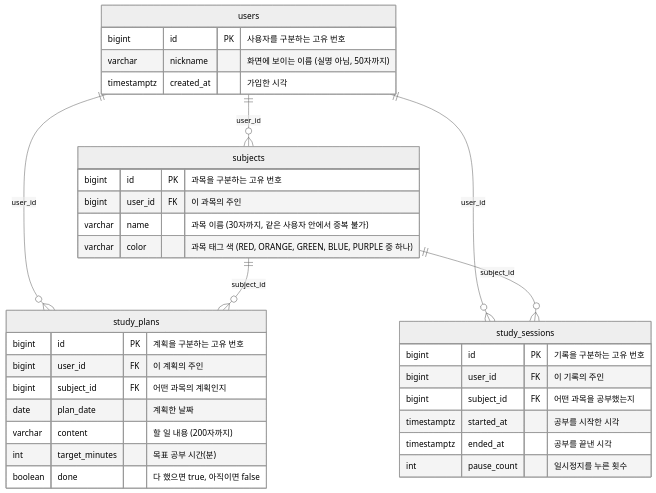
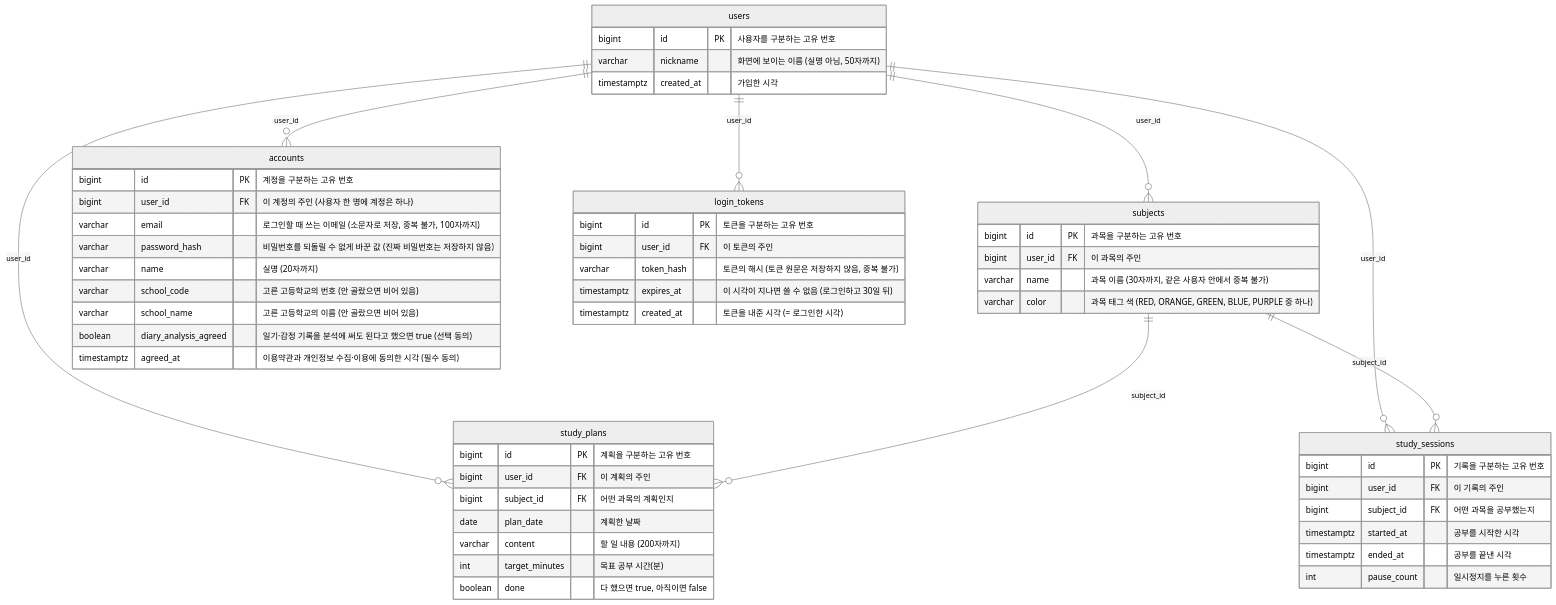
The diagram in docs/DB.md (ApplyYoon/Project-BE), drawn with Mermaid (neutral theme) before and after one commit. The commit also changed other lines of this file and 5 other files, not shown here.

````diff
--- a/docs/DB.md
+++ b/docs/DB.md
@@ -13,37 +13,57 @@
 ```mermaid
 erDiagram
     users ||--o{ subjects : "user_id"
     users ||--o{ study_plans : "user_id"
     users ||--o{ study_sessions : "user_id"
+    users ||--o{ accounts : "user_id"
+    users ||--o{ login_tokens : "user_id"
     subjects ||--o{ study_plans : "subject_id"
     subjects ||--o{ study_sessions : "subject_id"
 
     users {
         bigint id PK "사용자를 구분하는 고유 번호"
         varchar nickname "화면에 보이는 이름 (실명 아님, 50자까지)"
         timestamptz created_at "가입한 시각"
     }
     subjects {
         bigint id PK "과목을 구분하는 고유 번호"
         bigint user_id FK "이 과목의 주인"
         varchar name "과목 이름 (30자까지, 같은 사용자 안에서 중복 불가)"
         varchar color "과목 태그 색 (RED, ORANGE, GREEN, BLUE, PURPLE 중 하나)"
     }
     study_plans {
         bigint id PK "계획을 구분하는 고유 번호"
         bigint user_id FK "이 계획의 주인"
         bigint subject_id FK "어떤 과목의 계획인지"
         date plan_date "계획한 날짜"
         varchar content "할 일 내용 (200자까지)"
         int target_minutes "목표 공부 시간(분)"
         boolean done "다 했으면 true, 아직이면 false"
     }
     study_sessions {
         bigint id PK "기록을 구분하는 고유 번호"
         bigint user_id FK "이 기록의 주인"
         bigint subject_id FK "어떤 과목을 공부했는지"
         timestamptz started_at "공부를 시작한 시각"
         timestamptz ended_at "공부를 끝낸 시각"
         int pause_count "일시정지를 누른 횟수"
     }
+    accounts {
+        bigint id PK "계정을 구분하는 고유 번호"
+        bigint user_id FK "이 계정의 주인 (사용자 한 명에 계정은 하나)"
+        varchar email "로그인할 때 쓰는 이메일 (소문자로 저장, 중복 불가, 100자까지)"
+        varchar password_hash "비밀번호를 되돌릴 수 없게 바꾼 값 (진짜 비밀번호는 저장하지 않음)"
+        varchar name "실명 (20자까지)"
+        varchar school_code "고른 고등학교의 번호 (안 골랐으면 비어 있음)"
+        varchar school_name "고른 고등학교의 이름 (안 골랐으면 비어 있음)"
+        boolean diary_analysis_agreed "일기·감정 기록을 분석에 써도 된다고 했으면 true (선택 동의)"
+        timestamptz agreed_at "이용약관과 개인정보 수집·이용에 동의한 시각 (필수 동의)"
+    }
+    login_tokens {
+        bigint id PK "토큰을 구분하는 고유 번호"
+        bigint user_id FK "이 토큰의 주인"
+        varchar token_hash "토큰의 해시 (토큰 원문은 저장하지 않음, 중복 불가)"
+        timestamptz expires_at "이 시각이 지나면 쓸 수 없음 (로그인하고 30일 뒤)"
+        timestamptz created_at "토큰을 내준 시각 (= 로그인한 시각)"
+    }
 ```
````
